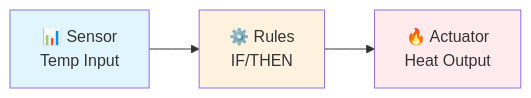
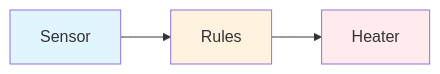
Before and after one commit to Algiras/vs-zinios-conference-2025-11-18: the second of 13 diagrams in slides/presentation.md, drawn with Mermaid. The commit also changed other lines of this file and 18 other files, not shown here.

````diff
--- a/slides/presentation.md
+++ b/slides/presentation.md
@@ -185,9 +378,7 @@
 ```mermaid
 graph LR
-    SENSOR["📊 Sensor<br/>Temp Input"] --> RULE["⚙️ Rules<br/>IF/THEN"]
-    RULE --> HEATER["🔥 Actuator<br/>Heat Output"]
-    
+    SENSOR["Sensor"] --> RULE["Rules"] --> HEATER["Heater"]
     style SENSOR fill:#e1f5ff
     style RULE fill:#fff3e0
     style HEATER fill:#ffebee
 ```
````
